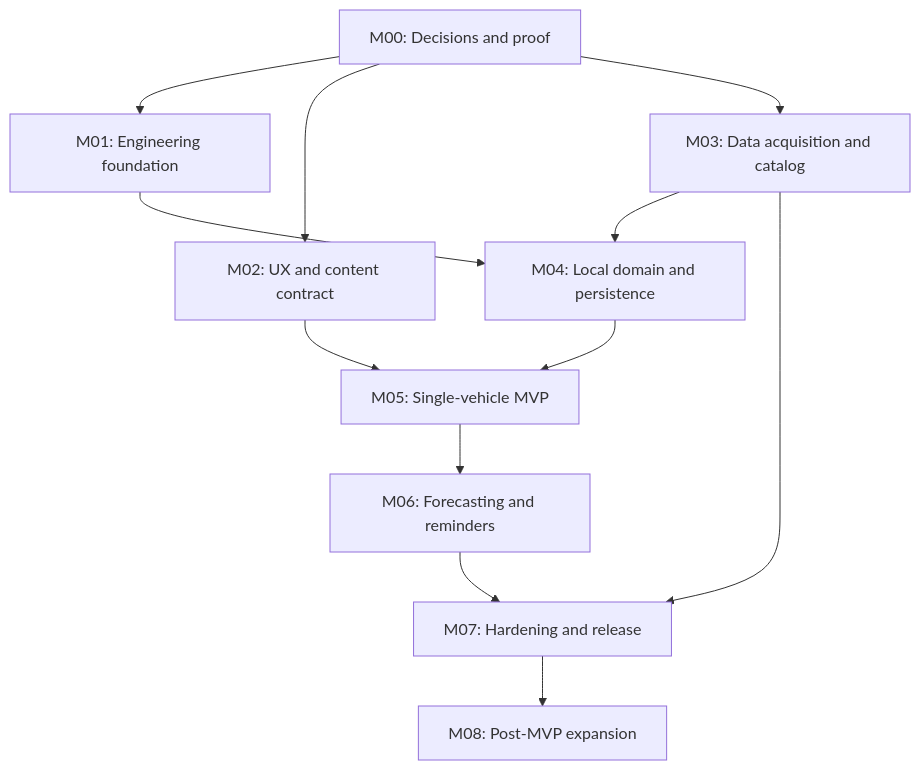
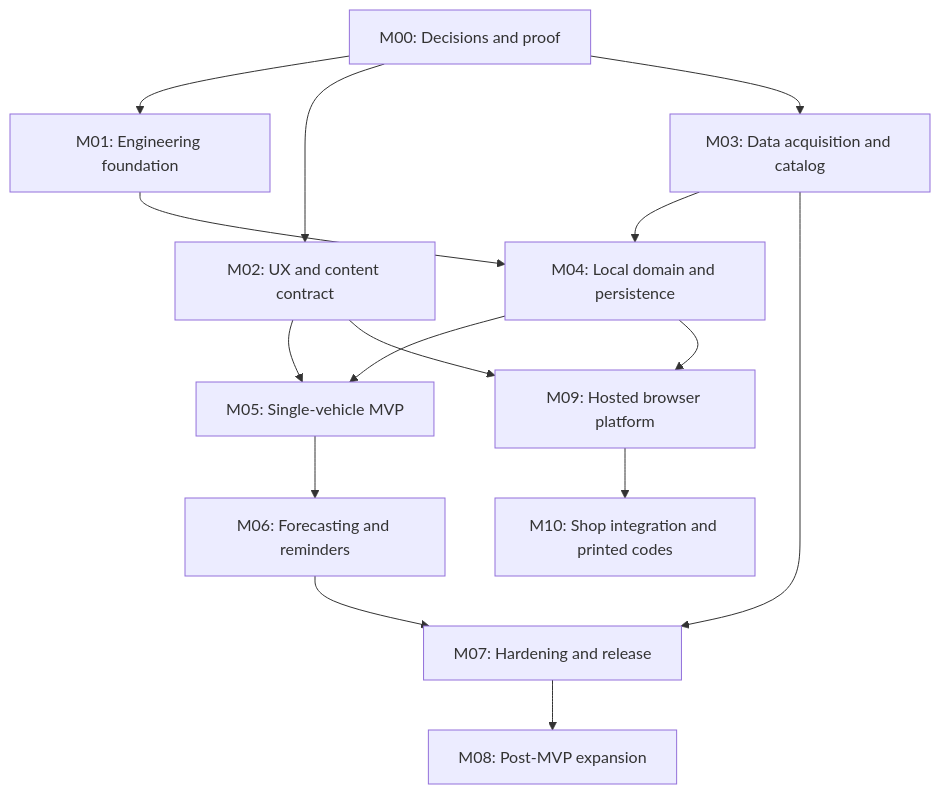
Before and after one commit to kyleruff1/digital-oil-sticker: the diagram in docs/product/ROADMAP.md, drawn with Mermaid. The commit also changed other lines of this file and 10 other files, not shown here.

First line of the commit message:
Draft the M10 milestone: shop integration and printed sticker codes

````diff
--- a/docs/product/ROADMAP.md
+++ b/docs/product/ROADMAP.md
@@ -47,14 +55,17 @@
 ```mermaid
 flowchart TD
     M00["M00: Decisions and proof"] --> M01["M01: Engineering foundation"]
     M00 --> M02["M02: UX and content contract"]
     M00 --> M03["M03: Data acquisition and catalog"]
     M01 --> M04["M04: Local domain and persistence"]
     M03 --> M04
     M02 --> M05["M05: Single-vehicle MVP"]
     M04 --> M05
     M05 --> M06["M06: Forecasting and reminders"]
     M03 --> M07["M07: Hardening and release"]
     M06 --> M07
     M07 --> M08["M08: Post-MVP expansion"]
+    M02 --> M09["M09: Hosted browser platform"]
+    M04 --> M09
+    M09 --> M10["M10: Shop integration and printed codes"]
 ```
````
